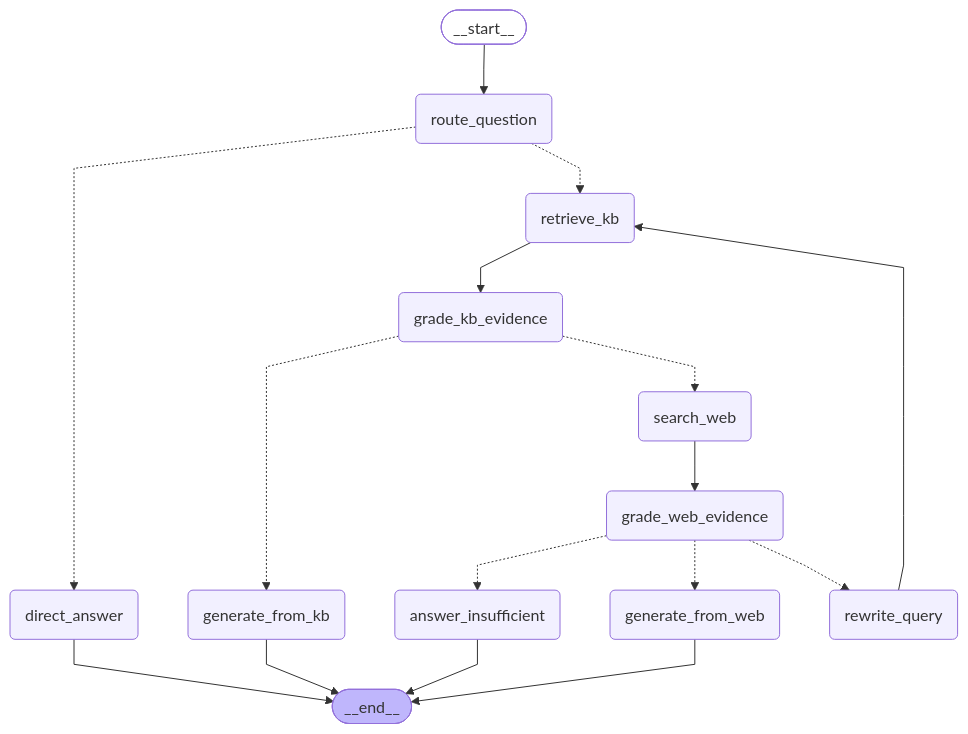
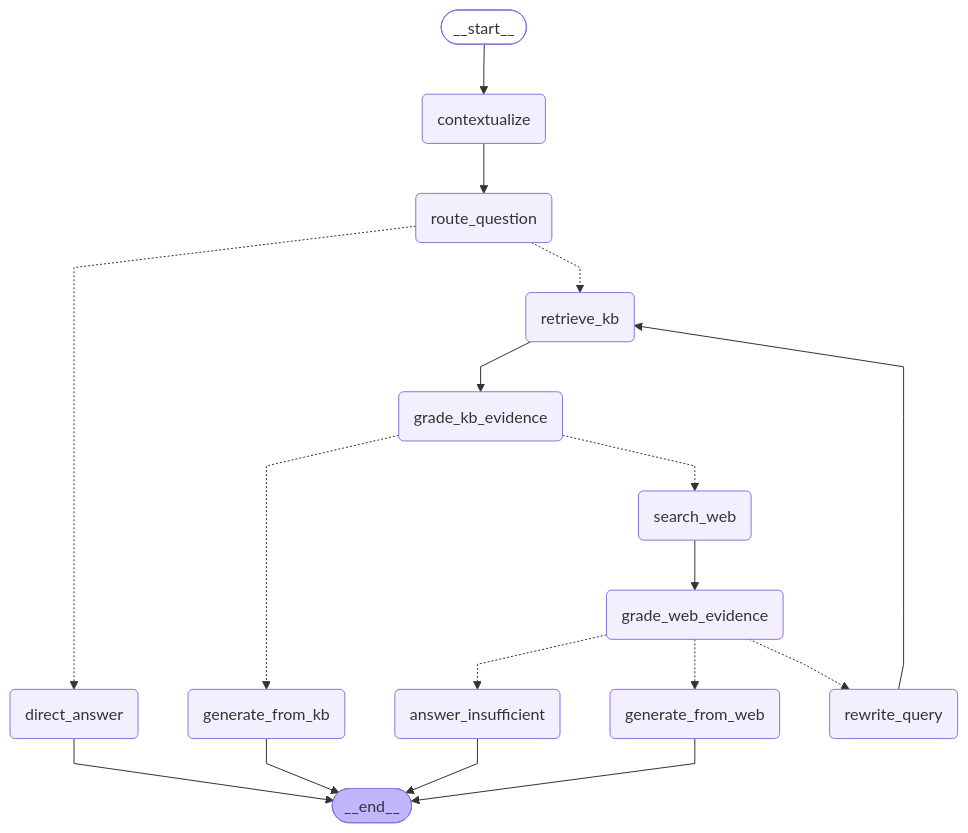
One commit to vishalgwu/Enterprise-HR-Policy-And-Employee-Support-Agentic-Rag-Copilot changed the diagram in docs/agent-graph.md. Above: the diagram before and after it, drawn with Mermaid. The commit also changed 15 other files, not shown here.

````diff
--- a/docs/agent-graph.md
+++ b/docs/agent-graph.md
@@ -7,38 +7,40 @@
 ```mermaid
 ---
 config:
   flowchart:
     curve: linear
 ---
 graph TD;
 	__start__([<p>__start__</p>]):::first
+	contextualize(contextualize)
 	route_question(route_question)
 	retrieve_kb(retrieve_kb)
 	grade_kb_evidence(grade_kb_evidence)
 	search_web(search_web)
 	grade_web_evidence(grade_web_evidence)
 	rewrite_query(rewrite_query)
 	generate_from_kb(generate_from_kb)
 	generate_from_web(generate_from_web)
 	direct_answer(direct_answer)
 	answer_insufficient(answer_insufficient)
 	__end__([<p>__end__</p>]):::last
-	__start__ --> route_question;
+	__start__ --> contextualize;
+	contextualize --> route_question;
 	grade_kb_evidence -.-> generate_from_kb;
 	grade_kb_evidence -.-> search_web;
 	grade_web_evidence -.-> answer_insufficient;
 	grade_web_evidence -.-> generate_from_web;
 	grade_web_evidence -.-> rewrite_query;
 	retrieve_kb --> grade_kb_evidence;
 	rewrite_query --> retrieve_kb;
 	route_question -.-> direct_answer;
 	route_question -.-> retrieve_kb;
 	search_web --> grade_web_evidence;
 	answer_insufficient --> __end__;
 	direct_answer --> __end__;
 	generate_from_kb --> __end__;
 	generate_from_web --> __end__;
 	classDef default fill:#f2f0ff,line-height:1.2
 	classDef first fill-opacity:0
 	classDef last fill:#bfb6fc
 ```
````
